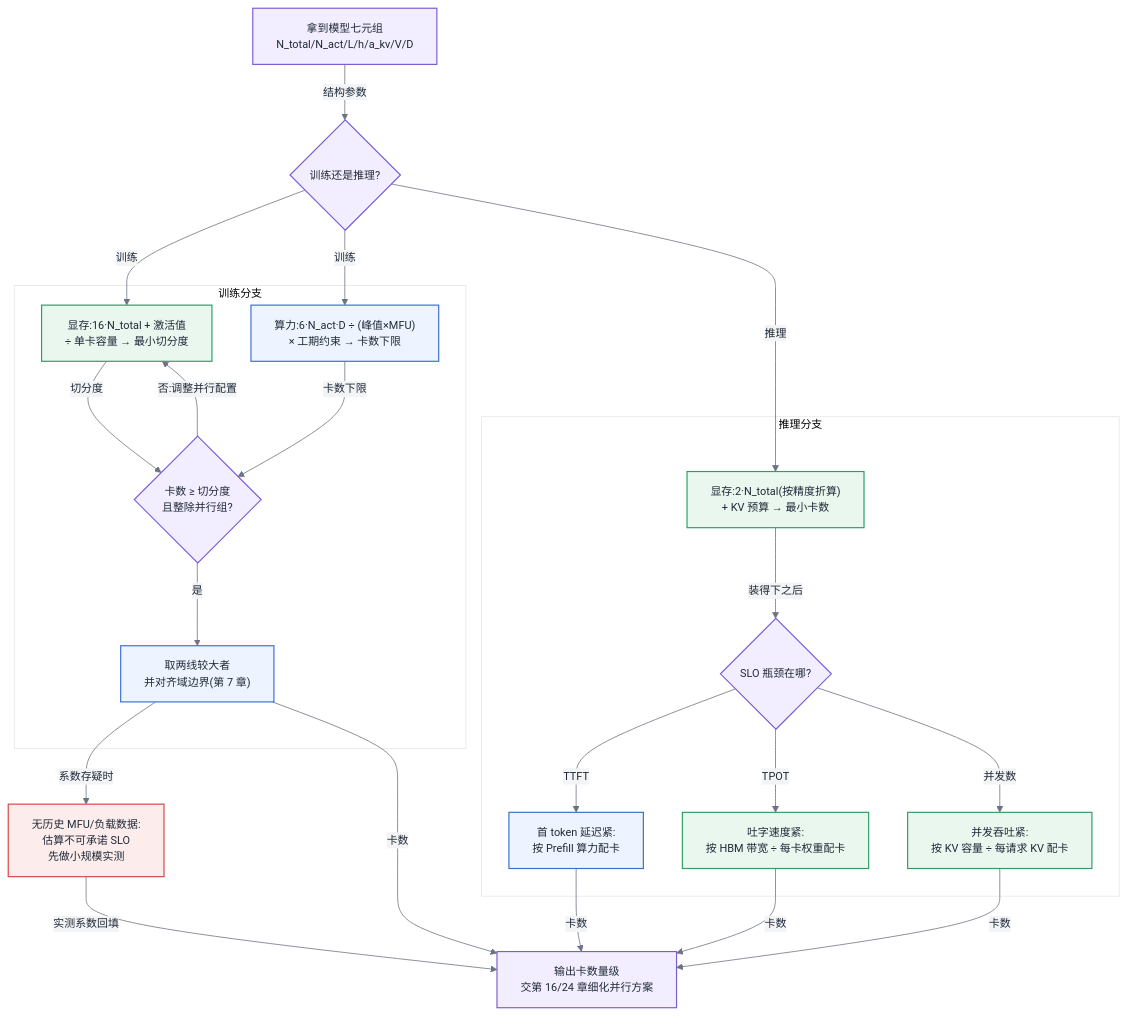
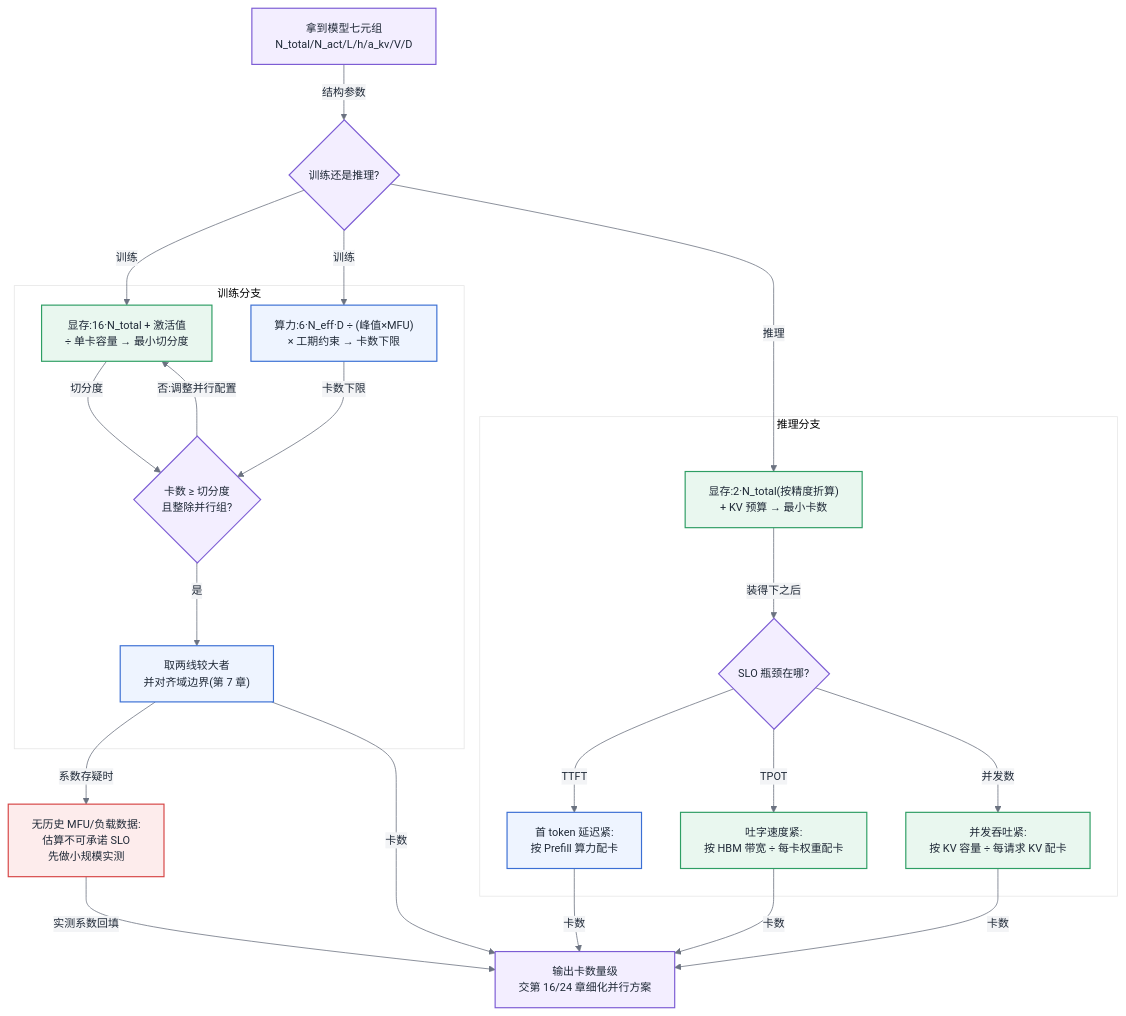
Before and after one commit to cdavid817/AI-Infra: the second of 2 diagrams in 第一部分-基础与心智模型/第06章-模型结构的定量分析.md, drawn with Mermaid. The commit also changed other lines of this file and 1 other file, not shown here.

````diff
--- a/第一部分-基础与心智模型/第06章-模型结构的定量分析.md
+++ b/第一部分-基础与心智模型/第06章-模型结构的定量分析.md
@@ -320,47 +320,47 @@
 ```mermaid
 %%{init: {'theme':'base','themeVariables':{
   'primaryColor':'#EEF4FF','primaryBorderColor':'#3B6FD4','primaryTextColor':'#1F2937',
   'secondaryColor':'#F3F4F6','tertiaryColor':'#FFFFFF',
   'lineColor':'#6B7280','fontFamily':'-apple-system, Segoe UI, Helvetica, Arial, sans-serif','fontSize':'14px'
 }}}%%
 flowchart TB
   classDef ctrl fill:#F3EEFF,stroke:#7C5CD4,stroke-width:1.5px,color:#1F2937
   classDef compute fill:#EEF4FF,stroke:#3B6FD4,stroke-width:1.5px,color:#1F2937
   classDef mem fill:#E9F7EF,stroke:#2E9E64,stroke-width:1.5px,color:#1F2937
   classDef risk fill:#FDECEC,stroke:#D64545,stroke-width:1.5px,color:#1F2937
   S["拿到模型七元组<br/>N_total/N_act/L/h/a_kv/V/D"]:::ctrl
   Q1{"训练还是推理?"}:::ctrl
   subgraph 训练分支
     T1["显存:16·N_total + 激活值<br/>÷ 单卡容量 → 最小切分度"]:::mem
-    T2["算力:6·N_act·D ÷ (峰值×MFU)<br/>× 工期约束 → 卡数下限"]:::compute
+    T2["算力:6·N_eff·D ÷ (峰值×MFU)<br/>× 工期约束 → 卡数下限"]:::compute
     T3{"卡数 ≥ 切分度<br/>且整除并行组?"}:::ctrl
     T4["取两线较大者<br/>并对齐域边界(第 7 章)"]:::compute
   end
   subgraph 推理分支
     I1["显存:2·N_total(按精度折算)<br/>+ KV 预算 → 最小卡数"]:::mem
     I2{"SLO 瓶颈在哪?"}:::ctrl
     I3["首 token 延迟紧:<br/>按 Prefill 算力配卡"]:::compute
     I4["吐字速度紧:<br/>按 HBM 带宽 ÷ 每卡权重配卡"]:::mem
     I5["并发吞吐紧:<br/>按 KV 容量 ÷ 每请求 KV 配卡"]:::mem
   end
   W["无历史 MFU/负载数据:<br/>估算不可承诺 SLO<br/>先做小规模实测"]:::risk
   O["输出卡数量级<br/>交第 16/24 章细化并行方案"]:::ctrl
   S -->|"结构参数"| Q1
   Q1 -->|"训练"| T1
   Q1 -->|"训练"| T2
   T1 -->|"切分度"| T3
   T2 -->|"卡数下限"| T3
   T3 -->|"否:调整并行配置"| T1
   T3 -->|"是"| T4
   Q1 -->|"推理"| I1
   I1 -->|"装得下之后"| I2
   I2 -->|"TTFT"| I3
   I2 -->|"TPOT"| I4
   I2 -->|"并发数"| I5
   T4 -->|"系数存疑时"| W
   I3 -->|"卡数"| O
   I4 -->|"卡数"| O
   I5 -->|"卡数"| O
   T4 -->|"卡数"| O
   W -->|"实测系数回填"| O
 ```
````
